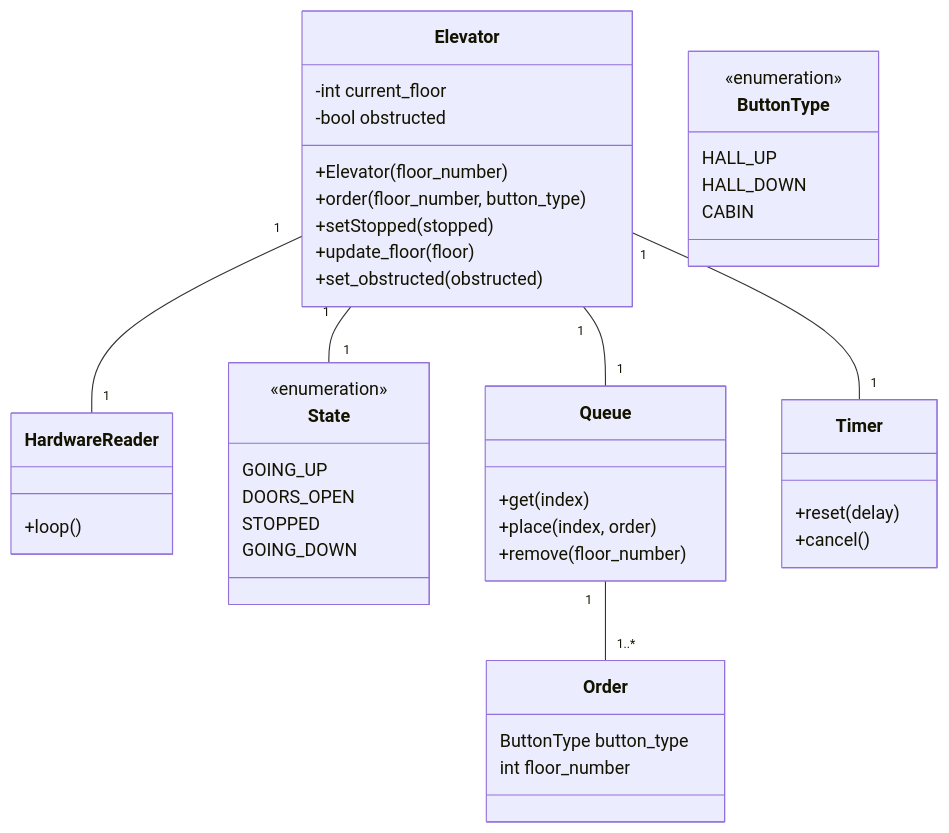
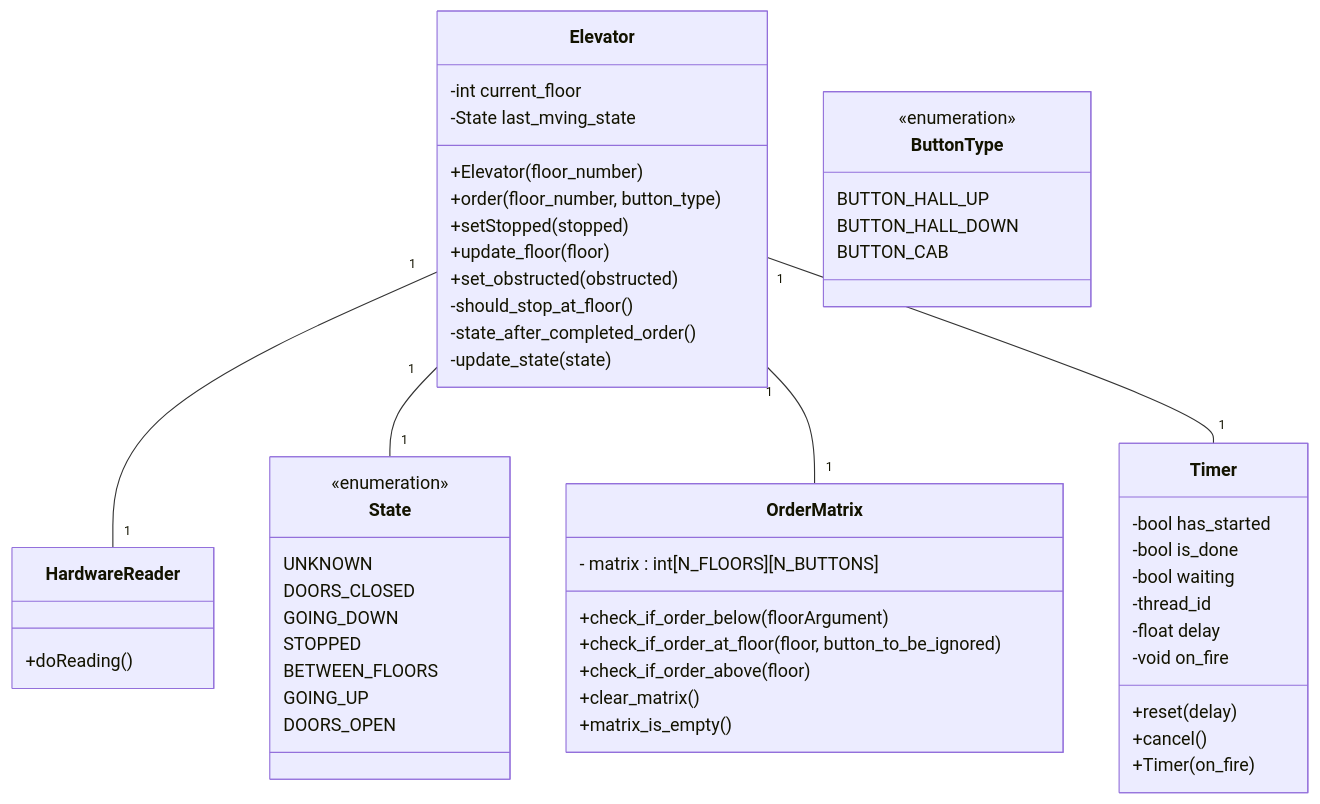
Before and after one commit to Emil1483/TTK4235-heis: the first of 3 diagrams in docs/README.md, drawn with Mermaid. The commit also changed other lines of this file and 8 other files, not shown here.

````diff
--- a/docs/README.md
+++ b/docs/README.md
@@ -9,54 +9,66 @@
 ```mermaid
 classDiagram
     Elevator "1" -- "1" HardwareReader
     Elevator "1" -- "1" State
-    Elevator "1" -- "1" Queue
+    Elevator "1" -- "1" OrderMatrix
     Elevator "1" -- "1" Timer
-    Queue "1" -- "1..*" Order
 
     class Elevator {
         -int current_floor
-        -bool obstructed
+        -State last_mving_state
 
         +Elevator(floor_number)
         +order(floor_number, button_type)
         +setStopped(stopped)
         +update_floor(floor)
         +set_obstructed(obstructed)
+        -should_stop_at_floor()
+        -state_after_completed_order()
+        -update_state(state)
     }
 
     class Timer {
+        -bool has_started
+        -bool is_done
+        -bool waiting
+        -thread_id
+        -float delay
+        -void on_fire
+
         +reset(delay)
         +cancel()
+        +Timer(on_fire)
     }
 
-    class Queue {
-        +get(index)
-        +place(index, order)
-        +remove(floor_number)
-    }
+    class OrderMatrix {
+        - matrix : int[N_FLOORS][N_BUTTONS]
 
-    class Order {
-        ButtonType button_type
-        int floor_number
+        +check_if_order_below(floorArgument)
+        +check_if_order_at_floor(floor, button_to_be_ignored)
+        +check_if_order_above(floor)
+        +clear_matrix()
+        +matrix_is_empty()
     }
 
     class State {
         <<enumeration>>
+        UNKNOWN
+        DOORS_CLOSED
+        GOING_DOWN
+        STOPPED
+        BETWEEN_FLOORS
         GOING_UP
         DOORS_OPEN
-        STOPPED
-        GOING_DOWN
     }
 
     class ButtonType {
         <<enumeration>>
-        HALL_UP
-        HALL_DOWN
-        CABIN
+        BUTTON_HALL_UP
+        BUTTON_HALL_DOWN
+        BUTTON_CAB
     }
 
     class HardwareReader {
-        +loop()
+        +doReading()
     }
 ```
````
